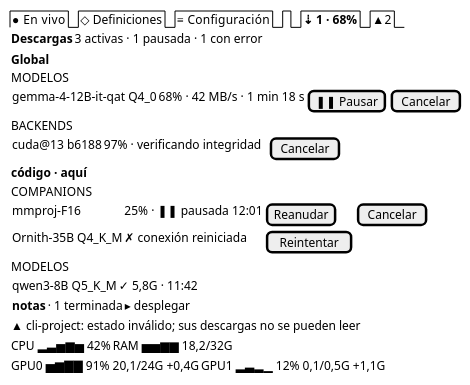
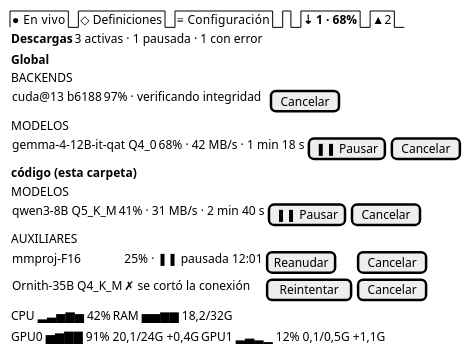
The diagram in docs/design/tui/N-definiciones-descargas.salt.puml (mstranich/coquena), drawn with PlantUML before and after one commit. The commit also changed 26 other files, not shown here.

```diff
--- a/docs/design/tui/N-definiciones-descargas.salt.puml
+++ b/docs/design/tui/N-definiciones-descargas.salt.puml
@@ -1,31 +1,29 @@
 @startsalt
 {
   {/ ● En vivo | ◇ Definiciones | ≡ Configuración | . | <b>⇣ 1 · 68% | ▲ 2 }
   { <b>Descargas | 3 activas · 1 pausada · 1 con error }
   {
     <b>Global
+    BACKENDS
+    {
+      cuda@13 b6188 | 97% · verificando integridad | . | [Cancelar]
+    }
     MODELOS
     {
       gemma-4-12B-it-qat Q4_0 | 68% · 42 MB/s · 1 min 18 s | [❚❚ Pausar] | [Cancelar]
     }
-    BACKENDS
+    <b>código (esta carpeta)
+    MODELOS
     {
-      cuda@13 b6188 | 97% · verificando integridad | . | [Cancelar]
+      qwen3-8B Q5_K_M | 41% · 31 MB/s · 2 min 40 s | [❚❚ Pausar] | [Cancelar]
     }
-    <b>código · aquí
-    COMPANIONS
+    AUXILIARES
     {
       mmproj-F16 | 25% · ❚❚ pausada 12:01 | [Reanudar] | [Cancelar]
-      Ornith-35B Q4_K_M | ✗ conexión reiniciada | [Reintentar] | .
+      Ornith-35B Q4_K_M | ✗ se cortó la conexión | [Reintentar] | [Cancelar]
     }
-    MODELOS
-    {
-      qwen3-8B Q5_K_M | ✓ 5,8G · 11:42 | . | .
-    }
-    { <b>notas | · 1 terminada | ▸ desplegar }
-    ▲ cli-project: estado inválido; sus descargas no se pueden leer
   }
   { CPU ▂▃▅▆▅ 42% | RAM ▅▅▆▆ 18,2/32G }
   { GPU0 ▅▆▇▇ 91% 20,1/24G +0,4G | GPU1 ▂▃▂▁ 12% 0,1/0,5G +1,1G }
 }
 @endsalt
```
